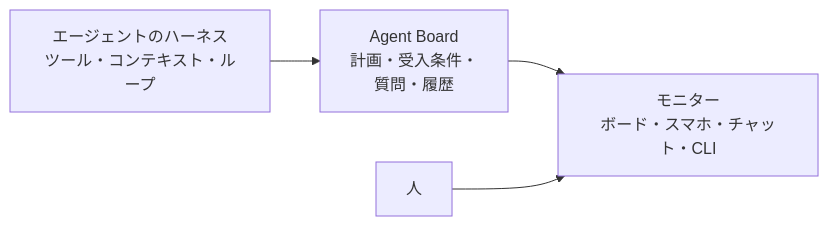
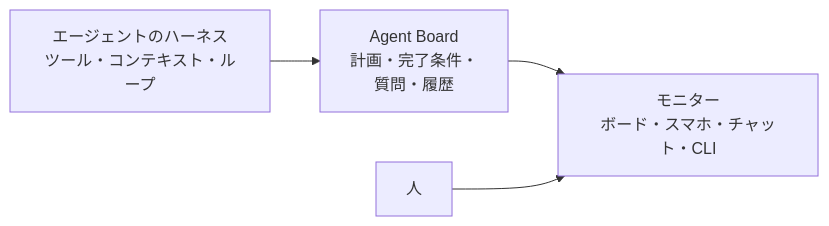
The first of 6 diagrams in docs/ja/dev/concepts/overview.md (FooQoo/agent-board), drawn with Mermaid before and after one commit. The commit also changed other lines of this file and 51 other files, not shown here.

````diff
--- a/docs/ja/dev/concepts/overview.md
+++ b/docs/ja/dev/concepts/overview.md
@@ -11,6 +11,6 @@
 ```mermaid
 flowchart LR
-    Agent["エージェントのハーネス<br/>ツール・コンテキスト・ループ"] --> Work["Agent Board<br/>計画・受入条件・<br/>質問・履歴"]
+    Agent["エージェントのハーネス<br/>ツール・コンテキスト・ループ"] --> Work["Agent Board<br/>計画・完了条件・<br/>質問・履歴"]
     Work --> Monitors["モニター<br/>ボード・スマホ・チャット・CLI"]
     Person["人"] --> Monitors
 ```
````
